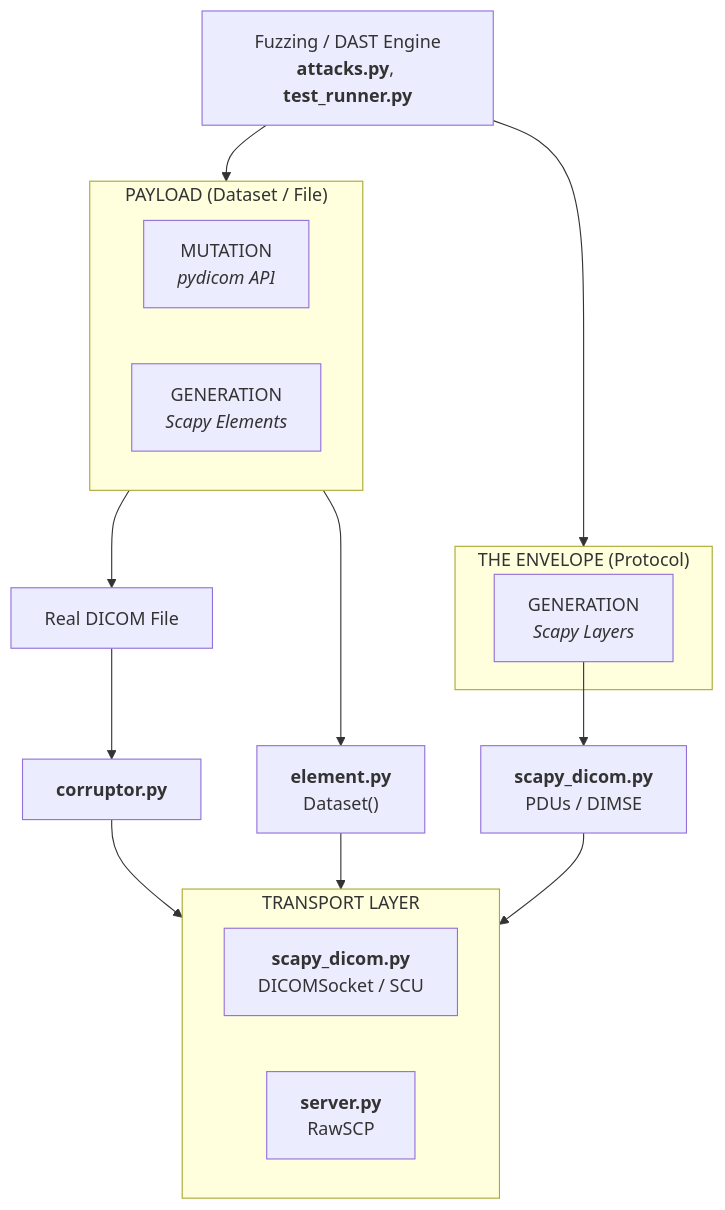
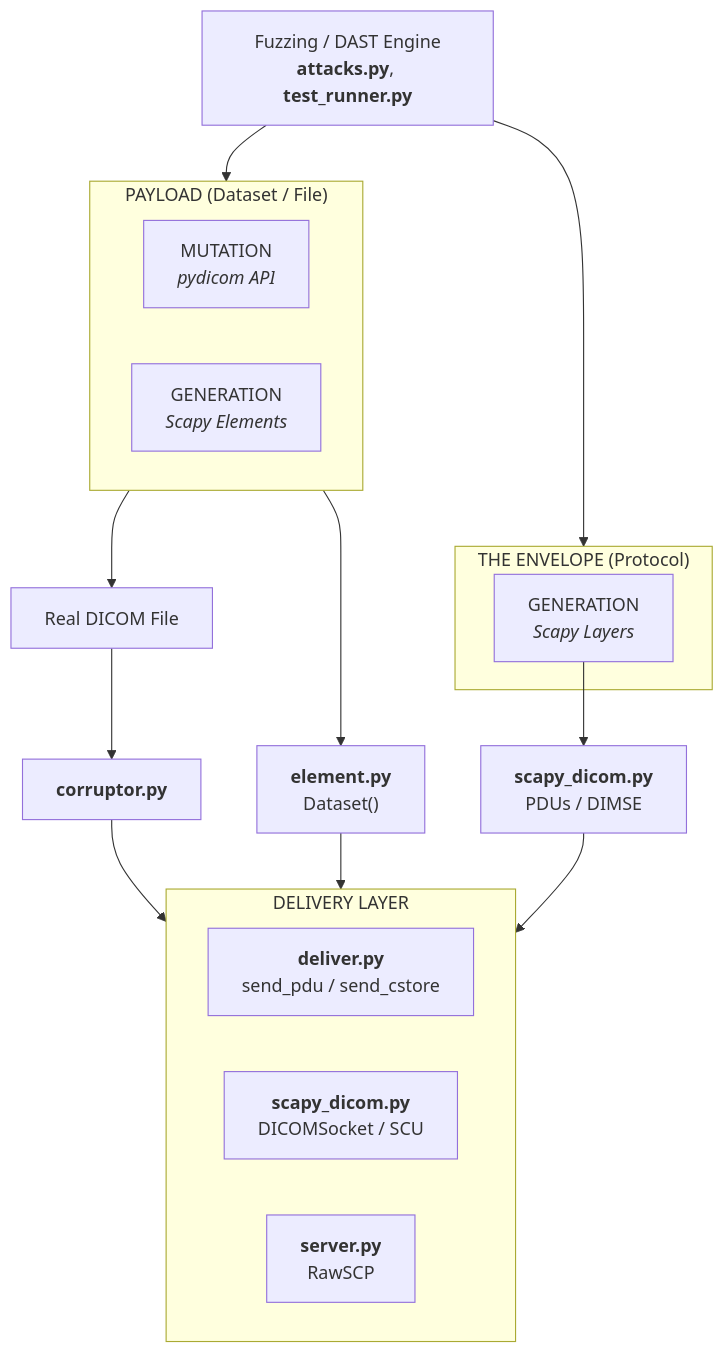
Before and after one commit to tmart234/C-SCARE: the diagram in README.md, drawn with Mermaid. The commit also changed other lines of this file and 5 other files, not shown here.

````diff
--- a/README.md
+++ b/README.md
@@ -19,32 +19,33 @@
 ```mermaid
 graph TD
     ENGINE["Fuzzing / DAST Engine<br/><b>attacks.py</b>, <b>test_runner.py</b>"]
 
     ENGINE --> PAYLOAD
     ENGINE --> ENVELOPE
 
     subgraph PAYLOAD ["PAYLOAD (Dataset / File)"]
         direction LR
         MUT["MUTATION<br/><i>pydicom API</i>"]
         GEN["GENERATION<br/><i>Scapy Elements</i>"]
     end
 
     subgraph ENVELOPE ["THE ENVELOPE (Protocol)"]
         PGEN["GENERATION<br/><i>Scapy Layers</i>"]
     end
 
     MUT --> REAL["Real DICOM File"]
     REAL --> COR["<b>corruptor.py</b>"]
     GEN --> ELEM["<b>element.py</b><br/>Dataset()"]
 
     PGEN --> SCAPY_PDU["<b>scapy_dicom.py</b><br/>PDUs / DIMSE"]
 
-    COR --> TRANSPORT
-    ELEM --> TRANSPORT
-    SCAPY_PDU --> TRANSPORT
+    COR --> DELIVER
+    ELEM --> DELIVER
+    SCAPY_PDU --> DELIVER
 
-    subgraph TRANSPORT ["TRANSPORT LAYER"]
+    subgraph DELIVER ["DELIVERY LAYER"]
+        DEL["<b>deliver.py</b><br/>send_pdu / send_cstore"]
         SCU["<b>scapy_dicom.py</b><br/>DICOMSocket / SCU"]
         SCP["<b>server.py</b><br/>RawSCP"]
     end
 ```
````
